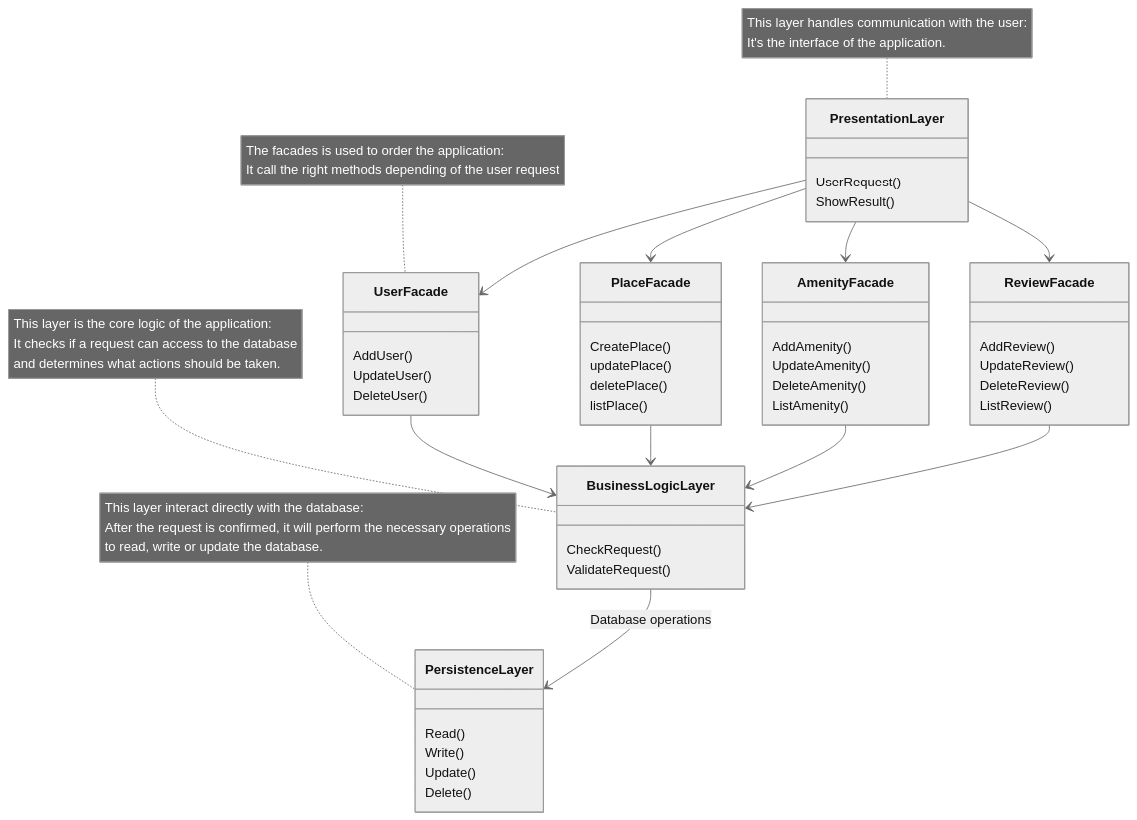
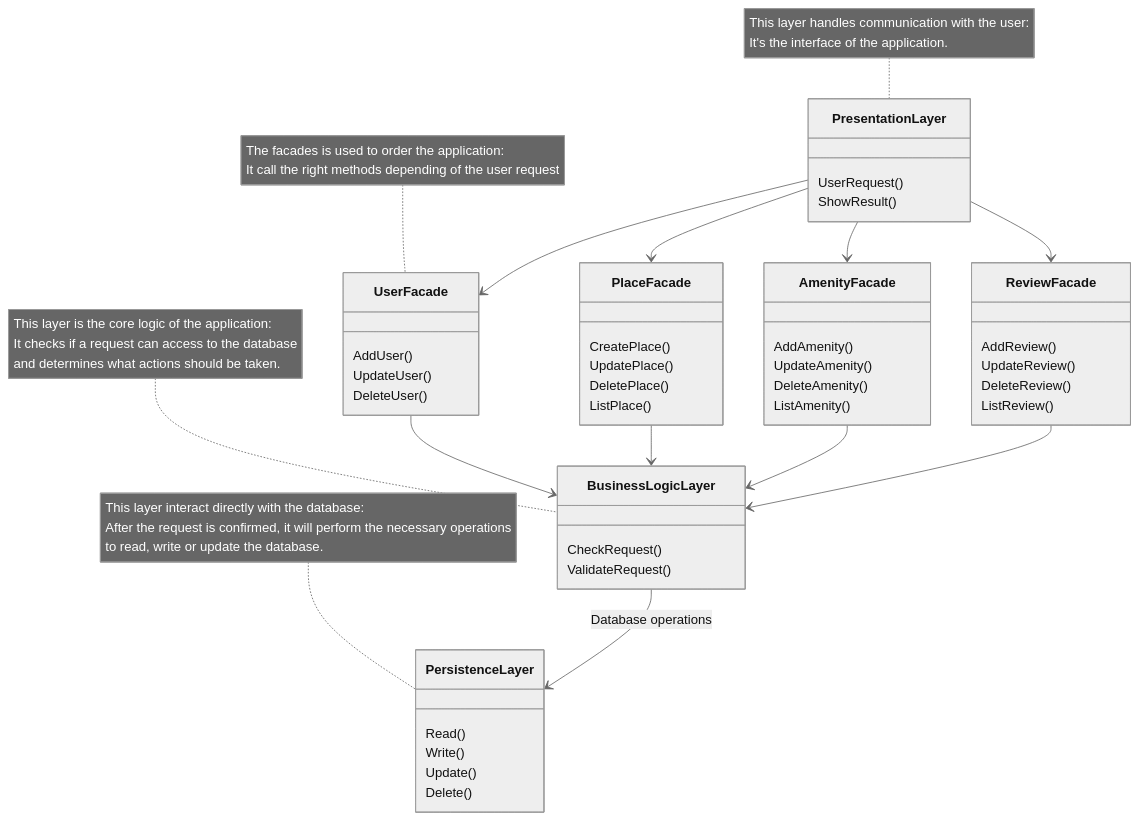
One commit to EnzoMessaoudi/holbertonschool-hbnb changed the diagram in part1/High-Level_Package_Diagram.mermaid. Above: the diagram before and after it, drawn with Mermaid (neutral theme).

Commit message:
ADD uppercase on some keys

```diff
--- a/part1/High-Level_Package_Diagram.mermaid
+++ b/part1/High-Level_Package_Diagram.mermaid
@@ -1,66 +1,66 @@
 classDiagram
 
 class PresentationLayer {
     UserRequest()
     ShowResult()
 }
 
 class UserFacade {
     AddUser()
     UpdateUser()
     DeleteUser()
 }
 class PlaceFacade{
     CreatePlace()
-    updatePlace()
-    deletePlace()
-    listPlace()
+    UpdatePlace()
+    DeletePlace()
+    ListPlace()
 }
 class ReviewFacade{
     AddReview()
     UpdateReview()
     DeleteReview()
     ListReview()
 }
 class AmenityFacade{
     AddAmenity()
     UpdateAmenity()
     DeleteAmenity()
     ListAmenity()
 }
 
 class BusinessLogicLayer {
     CheckRequest()
     ValidateRequest()
 }
 
 class PersistenceLayer {
     Read()
     Write()
     Update()
     Delete()
 }
 
 PresentationLayer --> UserFacade
 PresentationLayer --> PlaceFacade
 PresentationLayer --> AmenityFacade
 PresentationLayer --> ReviewFacade
 UserFacade --> BusinessLogicLayer
 PlaceFacade --> BusinessLogicLayer
 AmenityFacade --> BusinessLogicLayer
 ReviewFacade --> BusinessLogicLayer
 BusinessLogicLayer --> PersistenceLayer : Database operations
 
 note for PresentationLayer "This layer handles communication with the user:
 It's the interface of the application."
 
 note for BusinessLogicLayer "This layer is the core logic of the application:
     It checks if a request can access to the database
     and determines what actions should be taken."
 
 note for PersistenceLayer "This layer interact directly with the database:
     After the request is confirmed, it will perform the necessary operations
     to read, write or update the database."
 
 note for UserFacade "The facades is used to order the application:
 It call the right methods depending of the user request"
```
